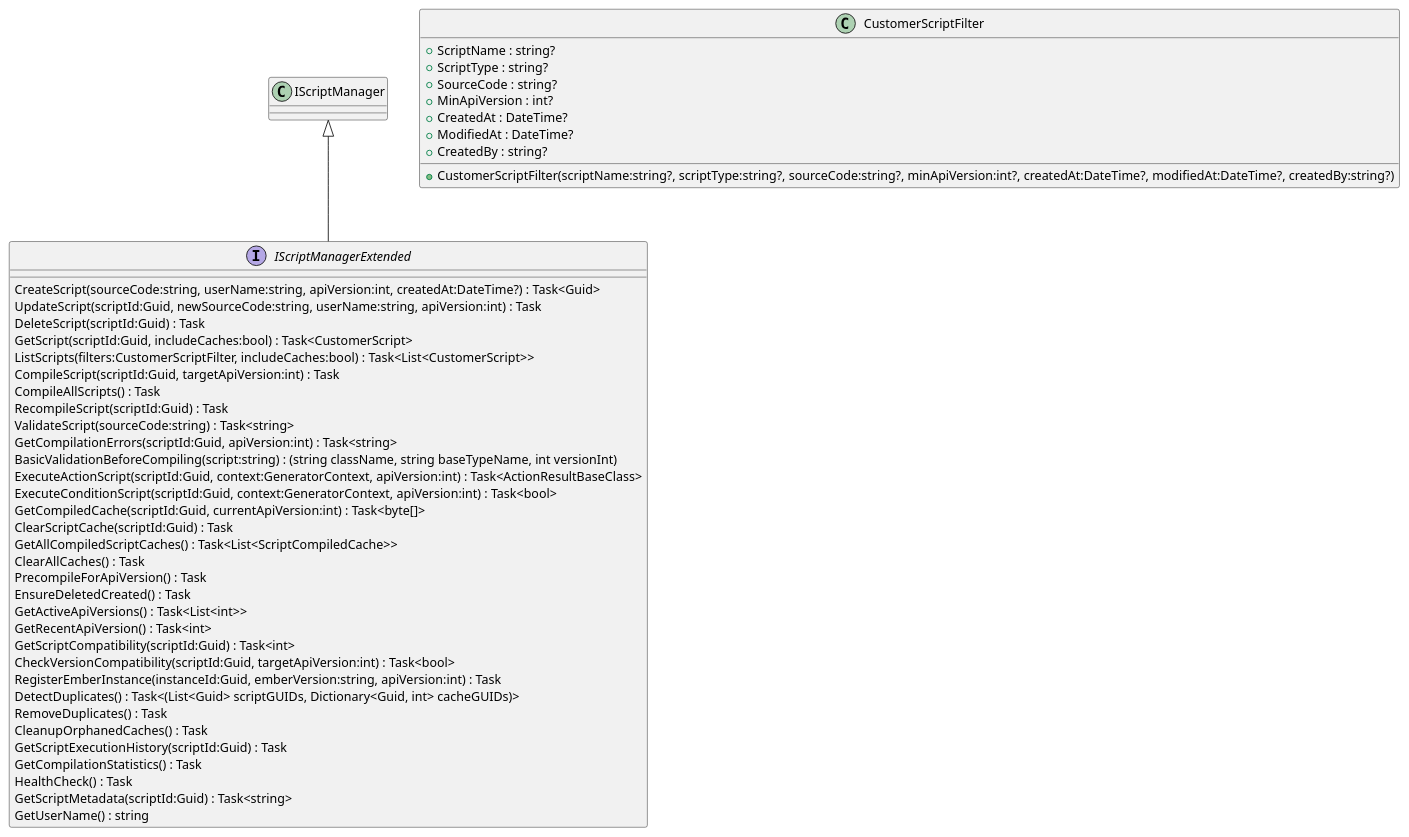
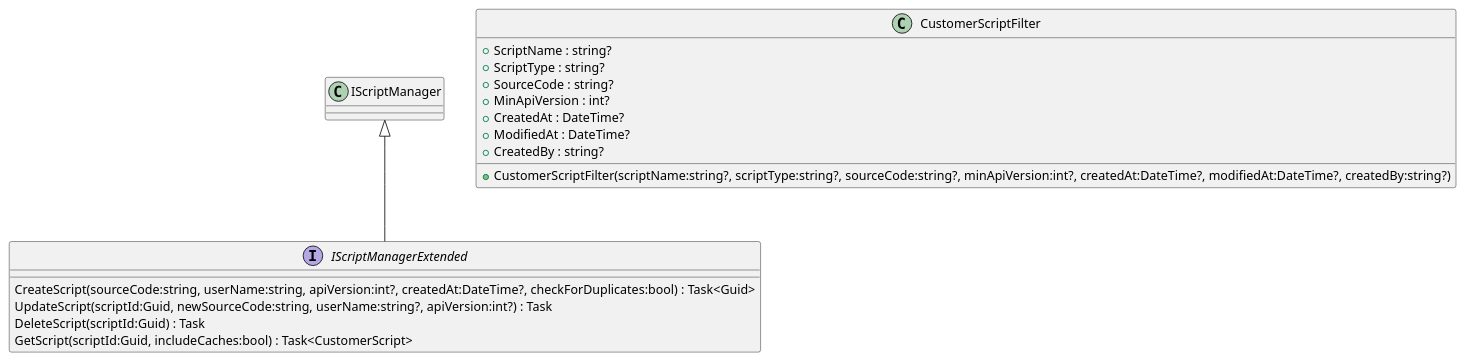
The diagram in diagrams/scripting/src/ScriptManager.cs/IScripManagerAdvanced.puml (conrad-gilles/Scripting-Proof-of-Concept), drawn with PlantUML before and after one commit. The commit also changed 19 other files, not shown here.

```diff
--- a/diagrams/scripting/src/ScriptManager.cs/IScripManagerAdvanced.puml
+++ b/diagrams/scripting/src/ScriptManager.cs/IScripManagerAdvanced.puml
@@ -1,47 +1,19 @@
 @startuml
 interface IScriptManagerExtended {
-    CreateScript(sourceCode:string, userName:string, apiVersion:int, createdAt:DateTime?) : Task<Guid>
-    UpdateScript(scriptId:Guid, newSourceCode:string, userName:string, apiVersion:int) : Task
+    CreateScript(sourceCode:string, userName:string, apiVersion:int?, createdAt:DateTime?, checkForDuplicates:bool) : Task<Guid>
+    UpdateScript(scriptId:Guid, newSourceCode:string, userName:string?, apiVersion:int?) : Task
     DeleteScript(scriptId:Guid) : Task
     GetScript(scriptId:Guid, includeCaches:bool) : Task<CustomerScript>
-    ListScripts(filters:CustomerScriptFilter, includeCaches:bool) : Task<List<CustomerScript>>
-    CompileScript(scriptId:Guid, targetApiVersion:int) : Task
-    CompileAllScripts() : Task
-    RecompileScript(scriptId:Guid) : Task
-    ValidateScript(sourceCode:string) : Task<string>
-    GetCompilationErrors(scriptId:Guid, apiVersion:int) : Task<string>
-    BasicValidationBeforeCompiling(script:string) : (string className, string baseTypeName, int versionInt)
-    ExecuteActionScript(scriptId:Guid, context:GeneratorContext, apiVersion:int) : Task<ActionResultBaseClass>
-    ExecuteConditionScript(scriptId:Guid, context:GeneratorContext, apiVersion:int) : Task<bool>
-    GetCompiledCache(scriptId:Guid, currentApiVersion:int) : Task<byte[]>
-    ClearScriptCache(scriptId:Guid) : Task
-    GetAllCompiledScriptCaches() : Task<List<ScriptCompiledCache>>
-    ClearAllCaches() : Task
-    PrecompileForApiVersion() : Task
-    EnsureDeletedCreated() : Task
-    GetActiveApiVersions() : Task<List<int>>
-    GetRecentApiVersion() : Task<int>
-    GetScriptCompatibility(scriptId:Guid) : Task<int>
-    CheckVersionCompatibility(scriptId:Guid, targetApiVersion:int) : Task<bool>
-    RegisterEmberInstance(instanceId:Guid, emberVersion:string, apiVersion:int) : Task
-    DetectDuplicates() : Task<(List<Guid> scriptGUIDs, Dictionary<Guid, int> cacheGUIDs)>
-    RemoveDuplicates() : Task
-    CleanupOrphanedCaches() : Task
-    GetScriptExecutionHistory(scriptId:Guid) : Task
-    GetCompilationStatistics() : Task
-    HealthCheck() : Task
-    GetScriptMetadata(scriptId:Guid) : Task<string>
-    GetUserName() : string
 }
 class CustomerScriptFilter {
     + ScriptName : string?
     + ScriptType : string?
     + SourceCode : string?
     + MinApiVersion : int?
     + CreatedAt : DateTime?
     + ModifiedAt : DateTime?
     + CreatedBy : string?
     + CustomerScriptFilter(scriptName:string?, scriptType:string?, sourceCode:string?, minApiVersion:int?, createdAt:DateTime?, modifiedAt:DateTime?, createdBy:string?)
 }
 IScriptManager <|-- IScriptManagerExtended
 @enduml
```
